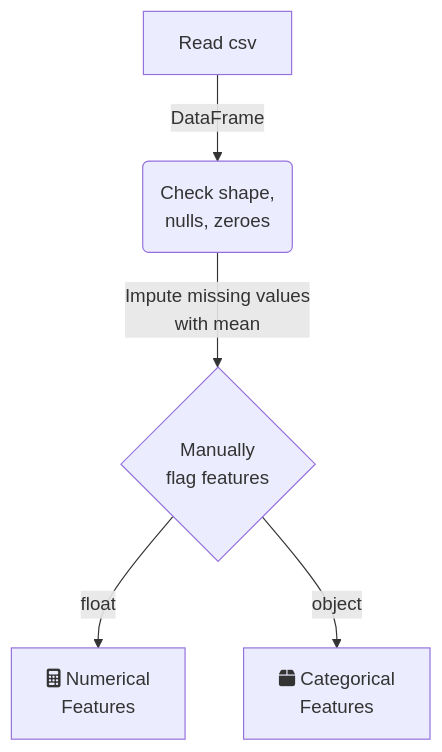
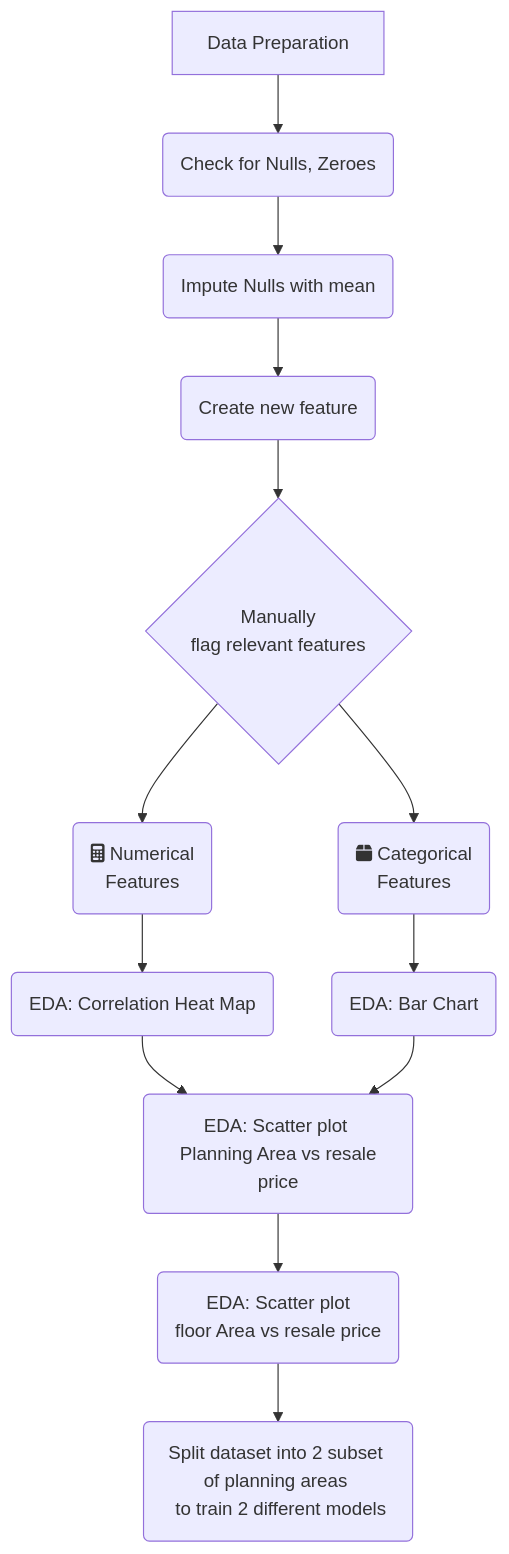
Before and after one commit to chengtng/project_2: the diagram in README.md, drawn with Mermaid. The commit also changed other lines of this file and 10 other files, not shown here.

````diff
--- a/README.md
+++ b/README.md
@@ -1,13 +120,17 @@
 ```mermaid
 graph TD
-    A -->|DataFrame| B
-    B -->|Impute missing values <br> with mean| C
-    C -->|float| D
-    C -->|object| E
-
-    A[Read csv]
-    B(Check shape, <br> nulls, zeroes)
-    C{Manually <br> flag features}
-    D[fa:fa-calculator Numerical <br> Features]
-    E[fa:fa-box Categorical <br> Features]
+    A-->B-->C-->D-->E-->F1-->G1-->H-->I-->J
+    E-->F2-->G2-->H
+    A[Data Preparation]
+    B(Check for Nulls, Zeroes)
+    C(Impute Nulls with mean)
+    D(Create new feature)
+    E{Manually <br> flag relevant features}
+    F1(fa:fa-calculator Numerical <br> Features)
+    F2(fa:fa-box Categorical <br> Features)
+    G1(EDA: Correlation Heat Map)
+    G2(EDA: Bar Chart)
+    H(EDA: Scatter plot <br> Planning Area vs resale price)
+    I(EDA: Scatter plot <br> floor Area vs resale price)
+    J(Split dataset into 2 subset of planning areas <br> to train 2 different models)
 ```
````
